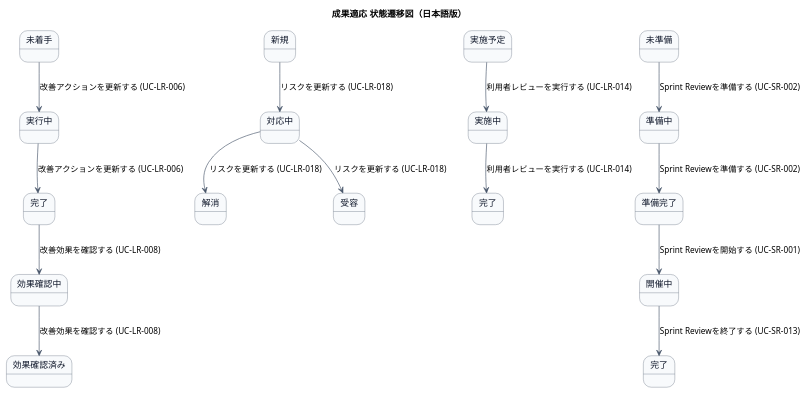
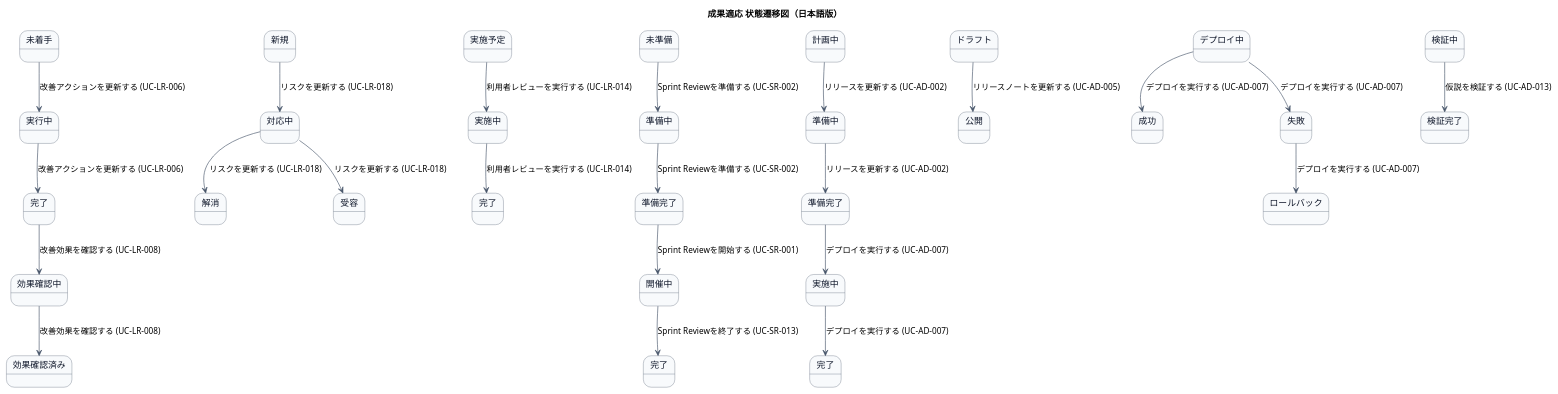
Before and after one commit to mizo432/modulith-learning: the second of 2 diagrams in docs/22 要件定義書/AG アジルーム/03 機能要件/AG-06 成果適応/04.システム/02.ステート/ステートマシン図.md, drawn with PlantUML. The commit also changed other lines of this file and 34 other files, not shown here.

Commit message:
docs(AG-06): Phase5残りエラー修正 - SCR-017画面定義、UC-AD複合図21件、BUC-AD記述8件、ST-ADステートマシン図追加

````diff
--- a/docs/22 要件定義書/AG アジルーム/03 機能要件/AG-06 成果適応/04.システム/02.ステート/ステートマシン図.md
+++ b/docs/22 要件定義書/AG アジルーム/03 機能要件/AG-06 成果適応/04.システム/02.ステート/ステートマシン図.md
@@ -105,6 +143,27 @@
 state "開催中" as InProgress_SR
 state "完了" as Completed_SR <<exit>>
 
+' リリース計画 状態 (ST-AD-01〜ST-AD-05)
+state "計画中" as Planned_AD <<entry>>
+state "準備中" as Preparing_AD
+state "準備完了" as Prepared_AD
+state "実施中" as InProgress_AD
+state "完了" as Completed_AD <<exit>>
+
+' リリースノート 状態 (ST-AD-06〜ST-AD-07)
+state "ドラフト" as Draft_AD <<entry>>
+state "公開" as Published_AD <<exit>>
+
+' デプロイ結果 状態 (ST-AD-08〜ST-AD-11)
+state "デプロイ中" as Deploying_AD <<entry>>
+state "成功" as Success_AD <<exit>>
+state "失敗" as Failed_AD
+state "ロールバック" as Rollback_AD <<exit>>
+
+' 仮説検証 状態 (ST-AD-12〜ST-AD-13)
+state "検証中" as Verifying_AD <<entry>>
+state "検証完了" as Verified_AD <<exit>>
+
 ' 改善アクション 遷移
 NotStarted_IA --> InProgress_IA : 改善アクションを更新する (UC-LR-006)
 InProgress_IA --> Completed_IA : 改善アクションを更新する (UC-LR-006)
@@ -125,5 +184,22 @@
 Preparing_SR --> Prepared_SR : Sprint Reviewを準備する (UC-SR-002)
 Prepared_SR --> InProgress_SR : Sprint Reviewを開始する (UC-SR-001)
 InProgress_SR --> Completed_SR : Sprint Reviewを終了する (UC-SR-013)
+
+' リリース計画 遷移
+Planned_AD --> Preparing_AD : リリースを更新する (UC-AD-002)
+Preparing_AD --> Prepared_AD : リリースを更新する (UC-AD-002)
+Prepared_AD --> InProgress_AD : デプロイを実行する (UC-AD-007)
+InProgress_AD --> Completed_AD : デプロイを実行する (UC-AD-007)
+
+' リリースノート 遷移
+Draft_AD --> Published_AD : リリースノートを更新する (UC-AD-005)
+
+' デプロイ結果 遷移
+Deploying_AD --> Success_AD : デプロイを実行する (UC-AD-007)
+Deploying_AD --> Failed_AD : デプロイを実行する (UC-AD-007)
+Failed_AD --> Rollback_AD : デプロイを実行する (UC-AD-007)
+
+' 仮説検証 遷移
+Verifying_AD --> Verified_AD : 仮説を検証する (UC-AD-013)
 @enduml
 ```
````
